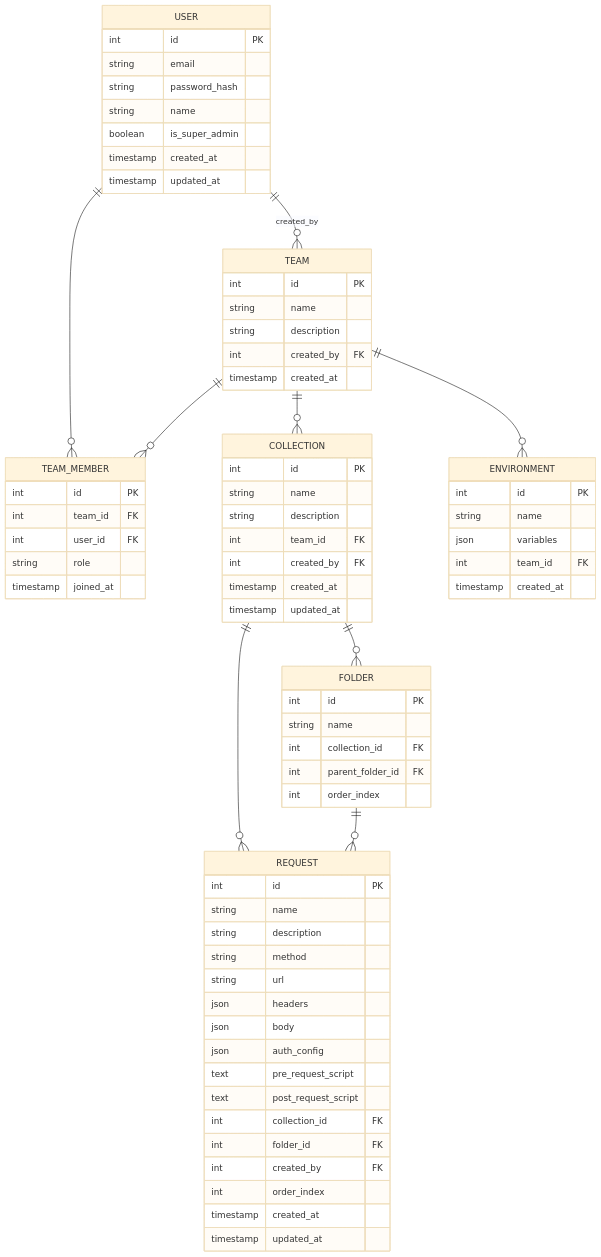
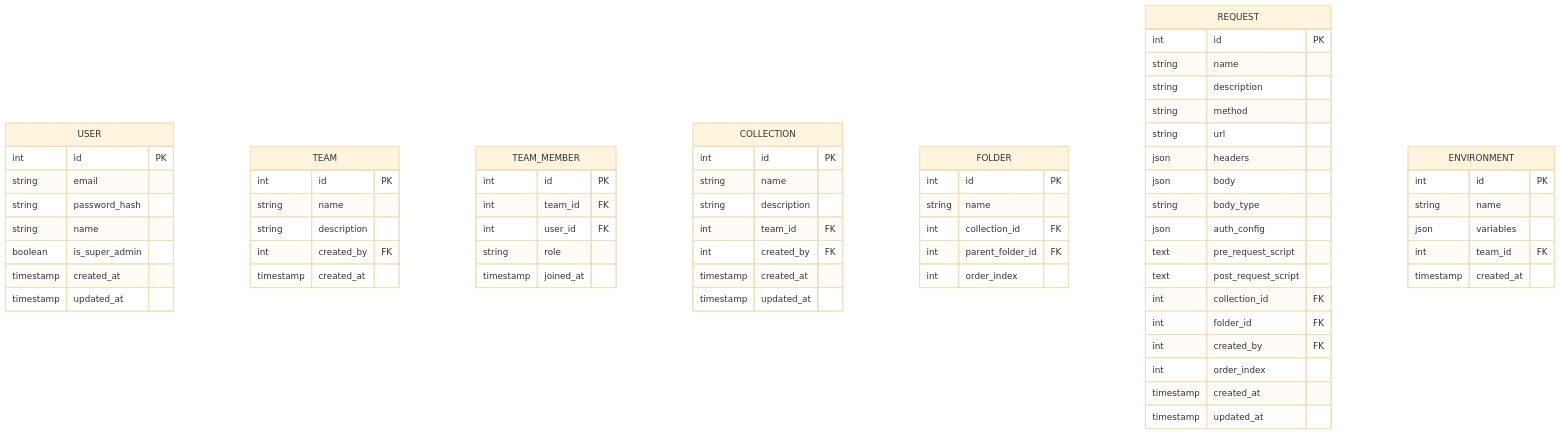
Before and after one commit to abdullahPrasetio/wapify: the first of 2 diagrams in docs/prd.md, drawn with Mermaid (base theme). The commit also changed other lines of this file and 16 other files, not shown here.

````diff
--- a/docs/prd.md
+++ b/docs/prd.md
@@ -243,76 +242,68 @@
 ```mermaid
 erDiagram
     USER {
         int id PK
         string email
         string password_hash
         string name
         boolean is_super_admin
         timestamp created_at
         timestamp updated_at
     }
     TEAM {
         int id PK
         string name
         string description
         int created_by FK
         timestamp created_at
     }
     TEAM_MEMBER {
         int id PK
         int team_id FK
         int user_id FK
         string role
         timestamp joined_at
     }
     COLLECTION {
         int id PK
         string name
         string description
         int team_id FK
         int created_by FK
         timestamp created_at
         timestamp updated_at
     }
     FOLDER {
         int id PK
         string name
         int collection_id FK
         int parent_folder_id FK
         int order_index
     }
     REQUEST {
         int id PK
         string name
         string description
         string method
         string url
         json headers
         json body
+        string body_type
         json auth_config
         text pre_request_script
         text post_request_script
         int collection_id FK
         int folder_id FK
         int created_by FK
         int order_index
         timestamp created_at
         timestamp updated_at
     }
     ENVIRONMENT {
         int id PK
         string name
         json variables
         int team_id FK
         timestamp created_at
     }
-
-    USER ||--o{ TEAM_MEMBER : ""
-    USER ||--o{ TEAM : "created_by"
-    TEAM ||--o{ TEAM_MEMBER : ""
-    TEAM ||--o{ COLLECTION : ""
-    TEAM ||--o{ ENVIRONMENT : ""
-    COLLECTION ||--o{ FOLDER : ""
-    COLLECTION ||--o{ REQUEST : ""
-    FOLDER ||--o{ REQUEST : ""
 ```
````
